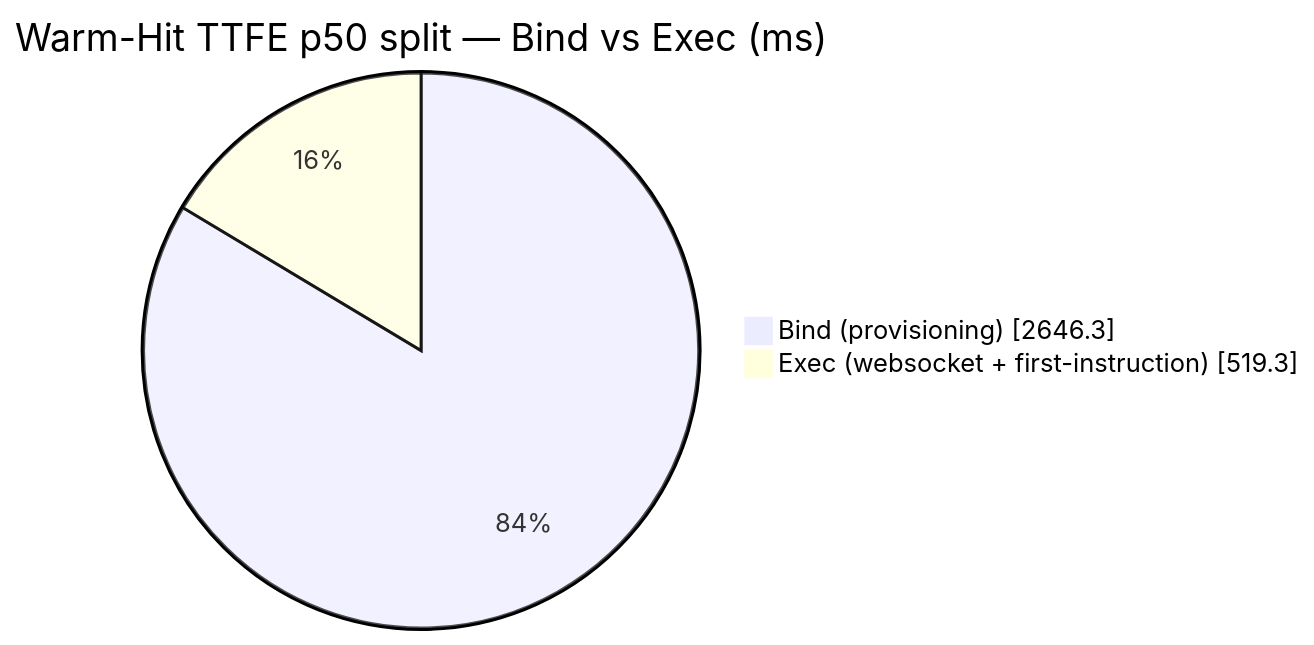
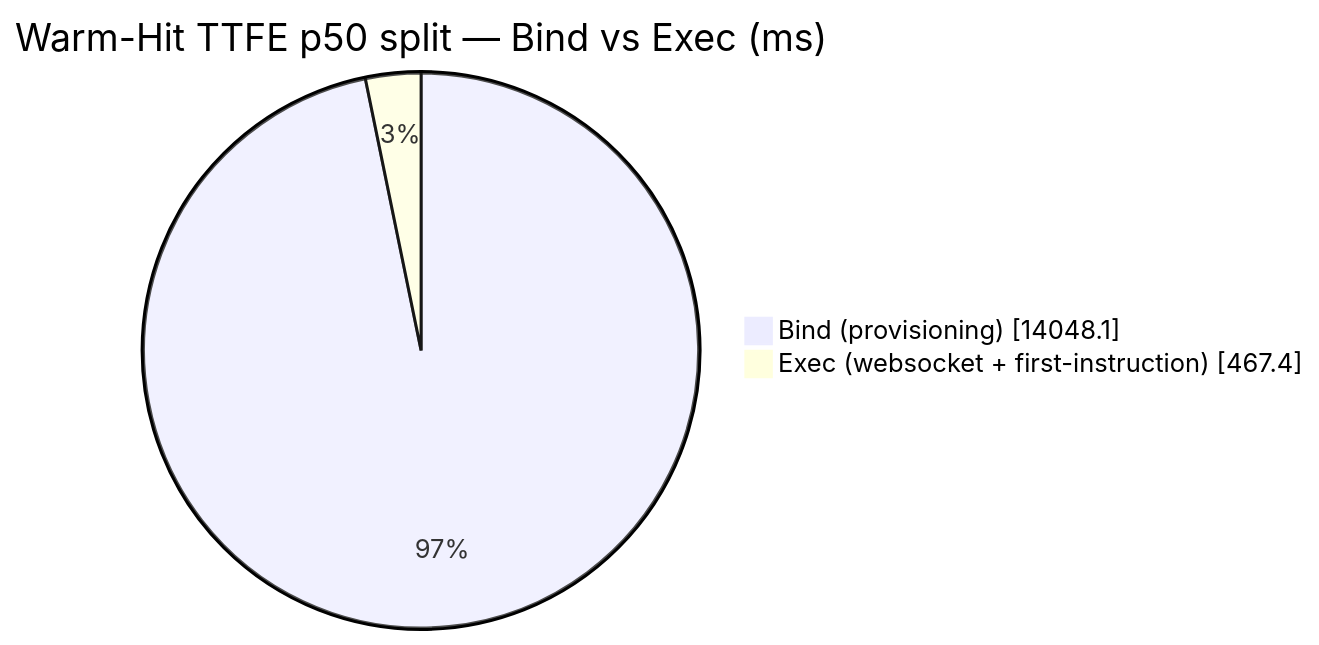
One commit to AlexBulankou/honest-bench changed the diagram in DETAILS.md. Above: the diagram before and after it, drawn with Mermaid. The commit also changed other lines of this file and 4 other files, not shown here.

````diff
--- a/DETAILS.md
+++ b/DETAILS.md
@@ -64,6 +64,6 @@
 ```mermaid
 pie showData
     title Warm-Hit TTFE p50 split — Bind vs Exec (ms)
-    "Bind (provisioning)" : 2646.3
-    "Exec (websocket + first-instruction)" : 519.3
+    "Bind (provisioning)" : 14048.1
+    "Exec (websocket + first-instruction)" : 467.4
 ```
````
